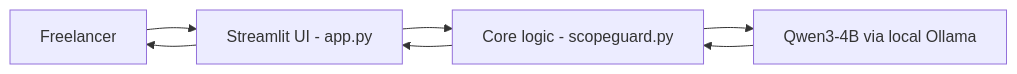
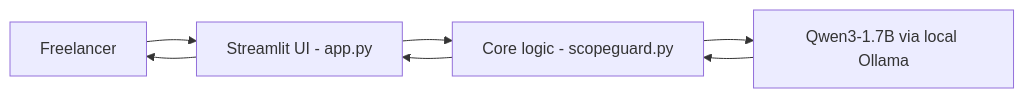
The first of 3 diagrams in README.md (saadmanzoor2/scopeguard), drawn with Mermaid before and after one commit. The commit also changed other lines of this file and 3 other files, not shown here.

````diff
--- a/README.md
+++ b/README.md
@@ -31,9 +31,9 @@
 ```mermaid
 flowchart LR
     U[Freelancer] --> UI[Streamlit UI - app.py]
     UI --> L[Core logic - scopeguard.py]
-    L --> M[Qwen3-4B via local Ollama]
+    L --> M[Qwen3-1.7B via local Ollama]
     M --> L
     L --> UI
     UI --> U
 ```
````
